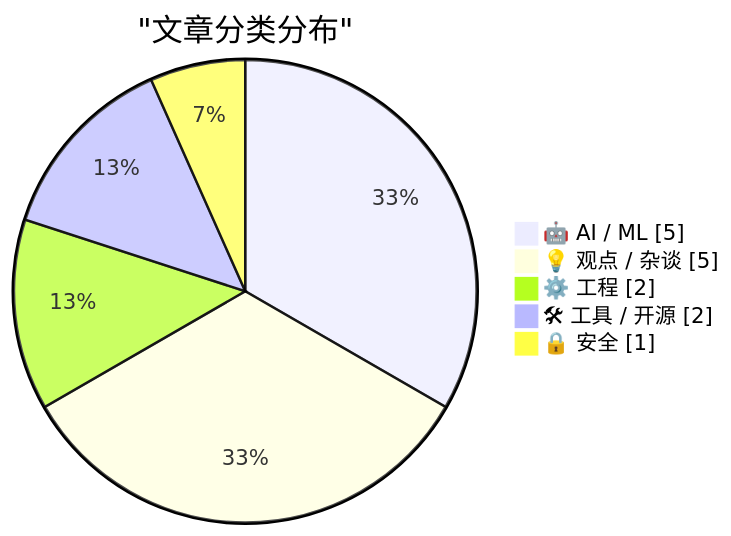
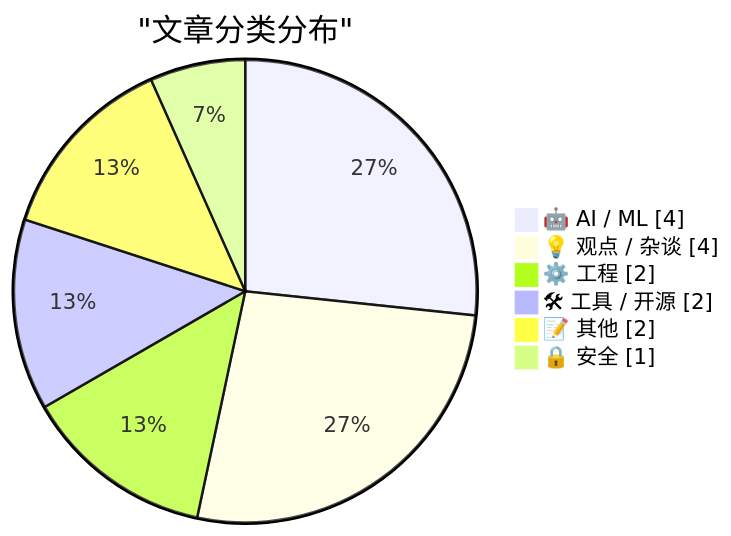
Before and after one commit to NicCraver/ai-daily-digest-web: the first of 2 diagrams in data/digest-20260421.md, drawn with Mermaid. The commit also changed other lines of this file and 31 other files, not shown here.

````diff
--- a/data/digest-20260421.md
+++ b/data/digest-20260421.md
@@ -53,9 +53,10 @@
 ```mermaid
 pie showData
     title "文章分类分布"
-    "🤖 AI / ML" : 5
-    "💡 观点 / 杂谈" : 5
+    "🤖 AI / ML" : 4
+    "💡 观点 / 杂谈" : 4
     "⚙️ 工程" : 2
     "🛠 工具 / 开源" : 2
+    "📝 其他" : 2
     "🔒 安全" : 1
 ```
````
